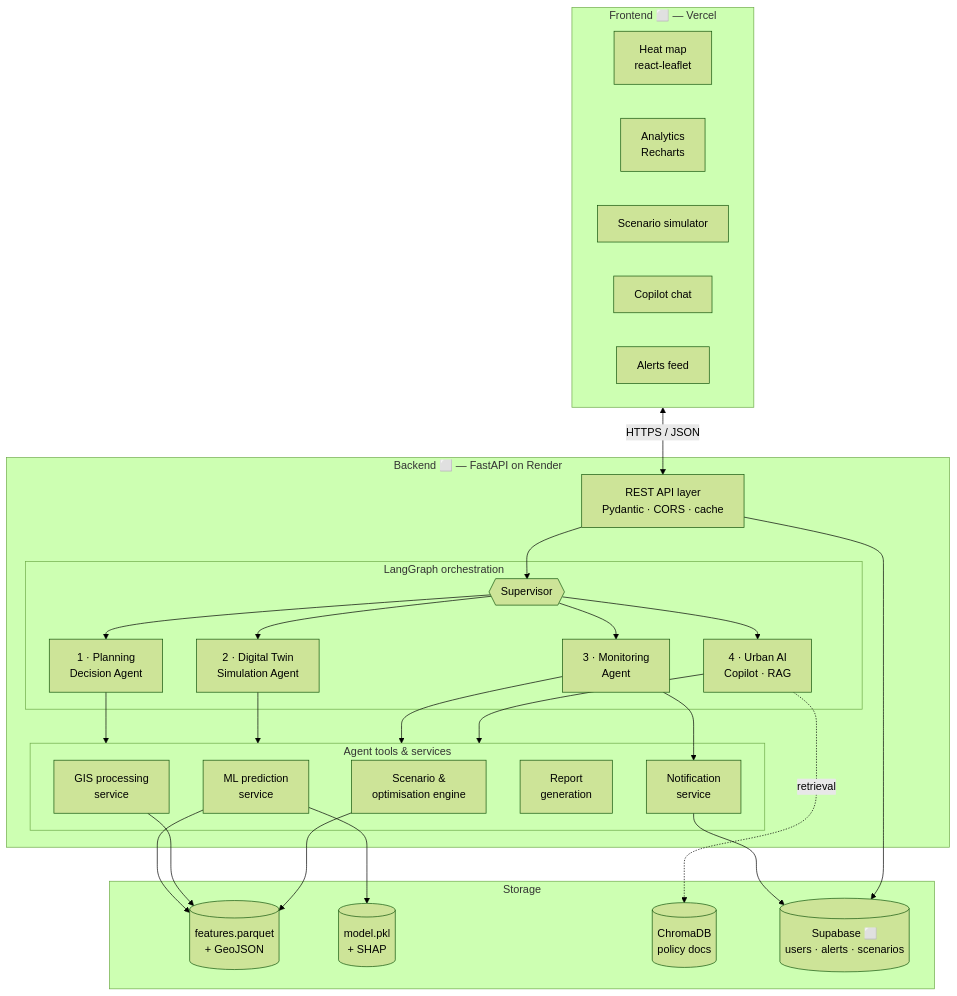
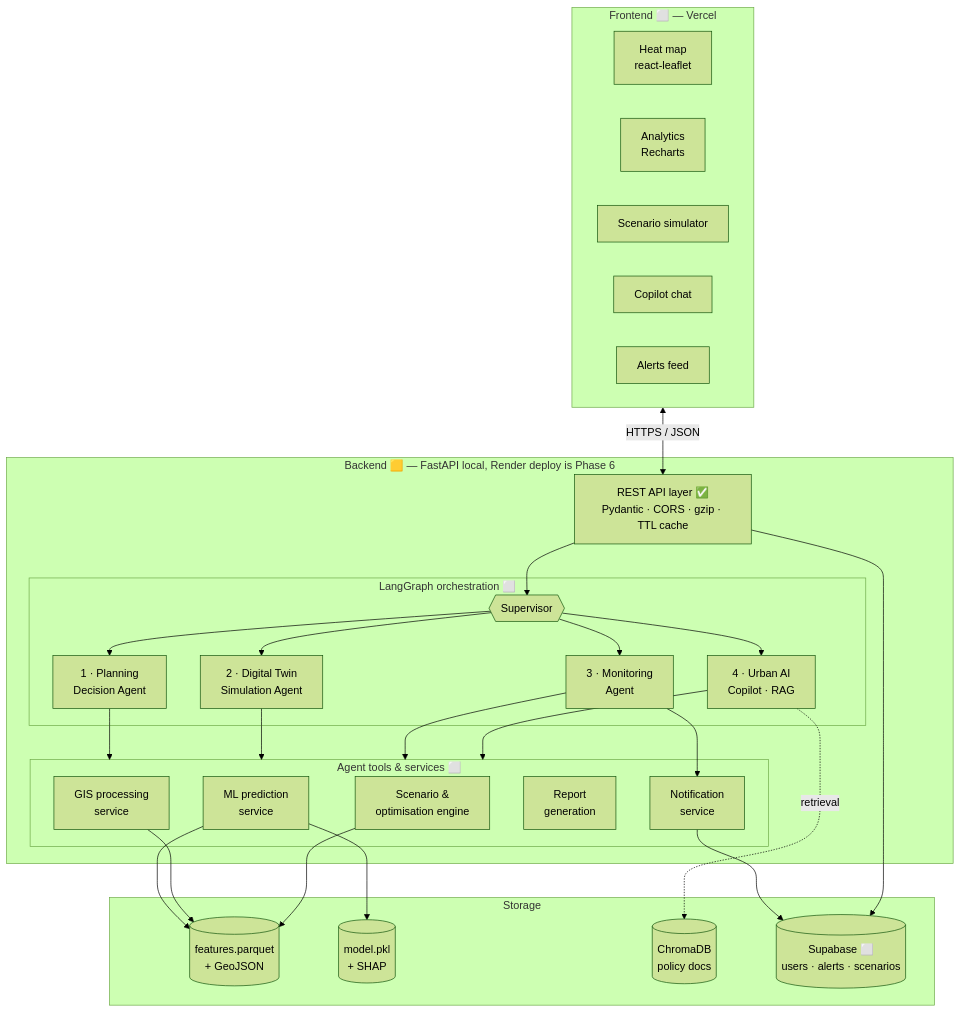
One commit to DevGurav/urbanheat-mumbai changed the second of 5 diagrams in docs/architecture.md. Above: the diagram before and after it, drawn with Mermaid (forest theme). The commit also changed other lines of this file and 3 other files, not shown here.

````diff
--- a/docs/architecture.md
+++ b/docs/architecture.md
@@ -39,48 +41,48 @@
 ```mermaid
 flowchart TB
     subgraph FE["Frontend ⬜ — Vercel"]
         direction LR
         MAP[Heat map<br/>react-leaflet]
         AN[Analytics<br/>Recharts]
         SIM[Scenario simulator]
         CHAT[Copilot chat]
         ALR[Alerts feed]
     end
 
-    subgraph BE["Backend ⬜ — FastAPI on Render"]
-        API[REST API layer<br/>Pydantic · CORS · cache]
+    subgraph BE["Backend 🟨 — FastAPI local, Render deploy is Phase 6"]
+        API[REST API layer ✅<br/>Pydantic · CORS · gzip · TTL cache]
 
-        subgraph AG["LangGraph orchestration"]
+        subgraph AG["LangGraph orchestration ⬜"]
             SUP{{Supervisor}}
             A1[1 · Planning<br/>Decision Agent]
             A2[2 · Digital Twin<br/>Simulation Agent]
             A3[3 · Monitoring<br/>Agent]
             A4[4 · Urban AI<br/>Copilot · RAG]
         end
 
-        subgraph SVC["Agent tools & services"]
+        subgraph SVC["Agent tools & services ⬜"]
             MLS[ML prediction<br/>service]
             GIS[GIS processing<br/>service]
             SCN[Scenario &<br/>optimisation engine]
             RPT[Report<br/>generation]
             NTF[Notification<br/>service]
         end
     end
 
     subgraph ST["Storage"]
         FEAT[(features.parquet<br/>+ GeoJSON)]
         MDL[(model.pkl<br/>+ SHAP)]
         VEC[(ChromaDB<br/>policy docs)]
         SUPA[(Supabase ⬜<br/>users · alerts · scenarios)]
     end
 
     FE <-->|HTTPS / JSON| API
     API --> SUP
     SUP --> A1 & A2 & A3 & A4
     A1 & A2 & A3 & A4 --> SVC
     A4 -.retrieval.-> VEC
     MLS --> MDL
     MLS & GIS & SCN --> FEAT
     A3 --> NTF --> SUPA
     API --> SUPA
 ```
````
